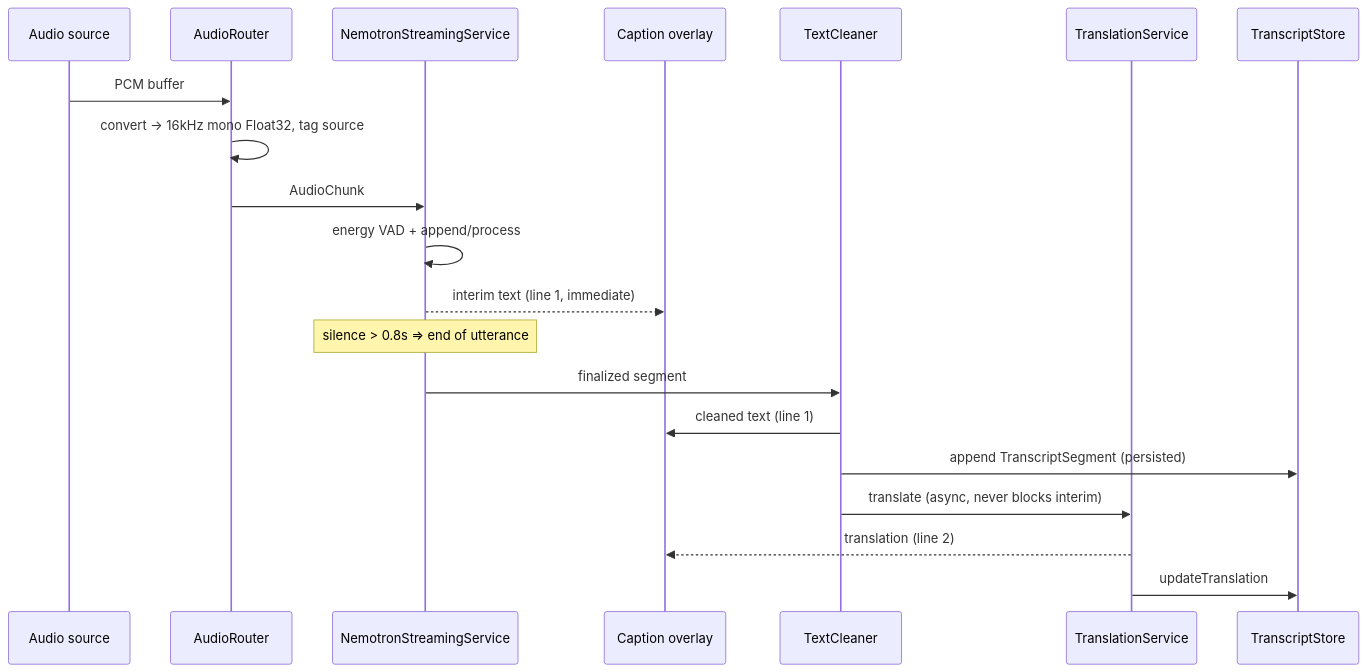
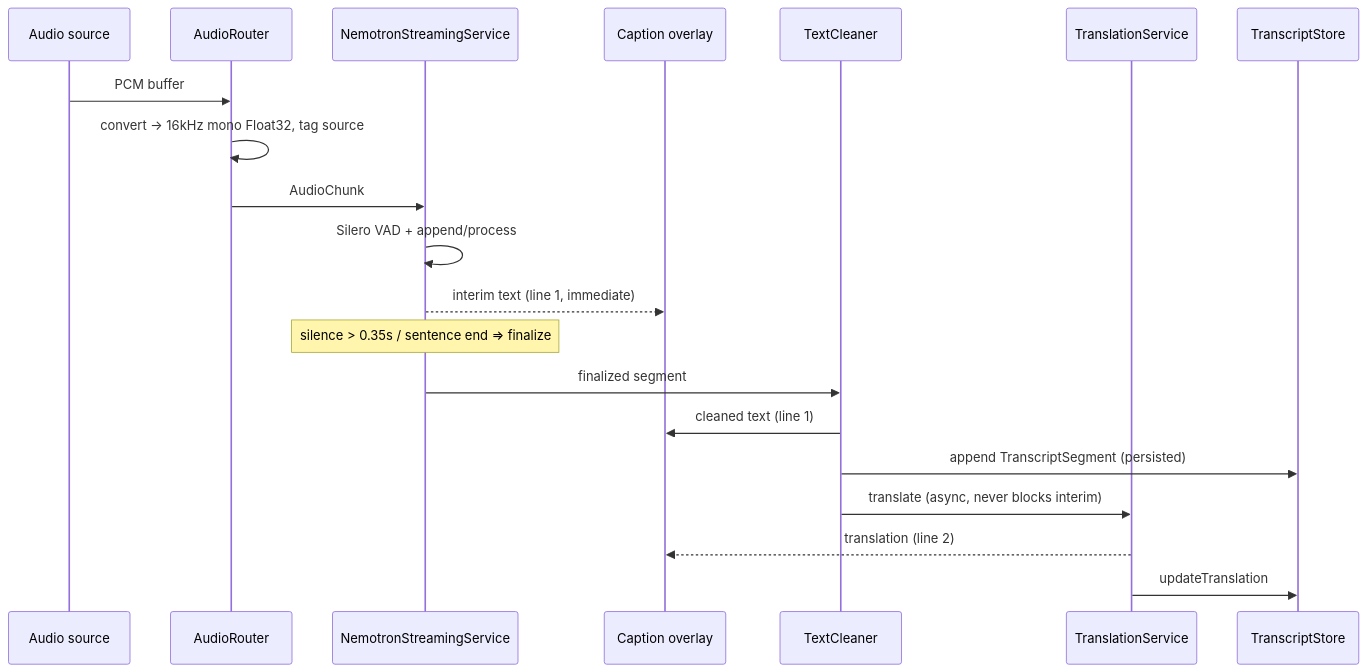
Before and after one commit to huang422/EdgeAI-Flow-Translate: the second of 2 diagrams in README.md, drawn with Mermaid. The commit also changed other lines of this file and 15 other files, not shown here.

Commit message:
feat: Add Silero VAD and CI/CD github release-please workflow

````diff
--- a/README.md
+++ b/README.md
@@ -239,23 +239,23 @@
 ```mermaid
 sequenceDiagram
     participant A as Audio source
     participant R as AudioRouter
     participant S as NemotronStreamingService
     participant O as Caption overlay
     participant C as TextCleaner
     participant T as TranslationService
     participant D as TranscriptStore
 
     A->>R: PCM buffer
     R->>R: convert → 16kHz mono Float32, tag source
     R->>S: AudioChunk
-    S->>S: energy VAD + append/process
+    S->>S: Silero VAD + append/process
     S-->>O: interim text (line 1, immediate)
-    Note over S: silence > 0.8s ⇒ end of utterance
+    Note over S: silence > 0.35s / sentence end ⇒ finalize
     S->>C: finalized segment
     C->>O: cleaned text (line 1)
     C->>D: append TranscriptSegment (persisted)
     C->>T: translate (async, never blocks interim)
     T-->>O: translation (line 2)
     T->>D: updateTranslation
 ```
````
